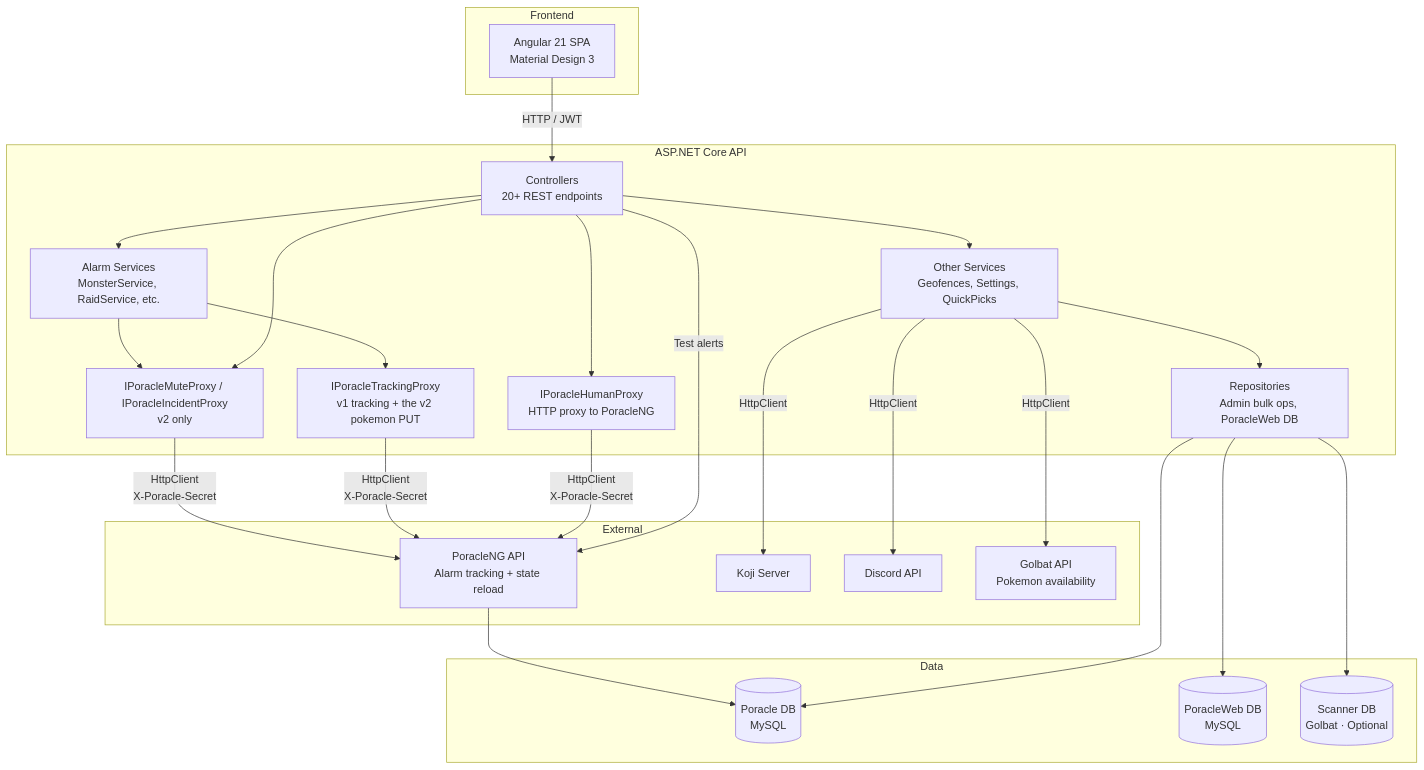
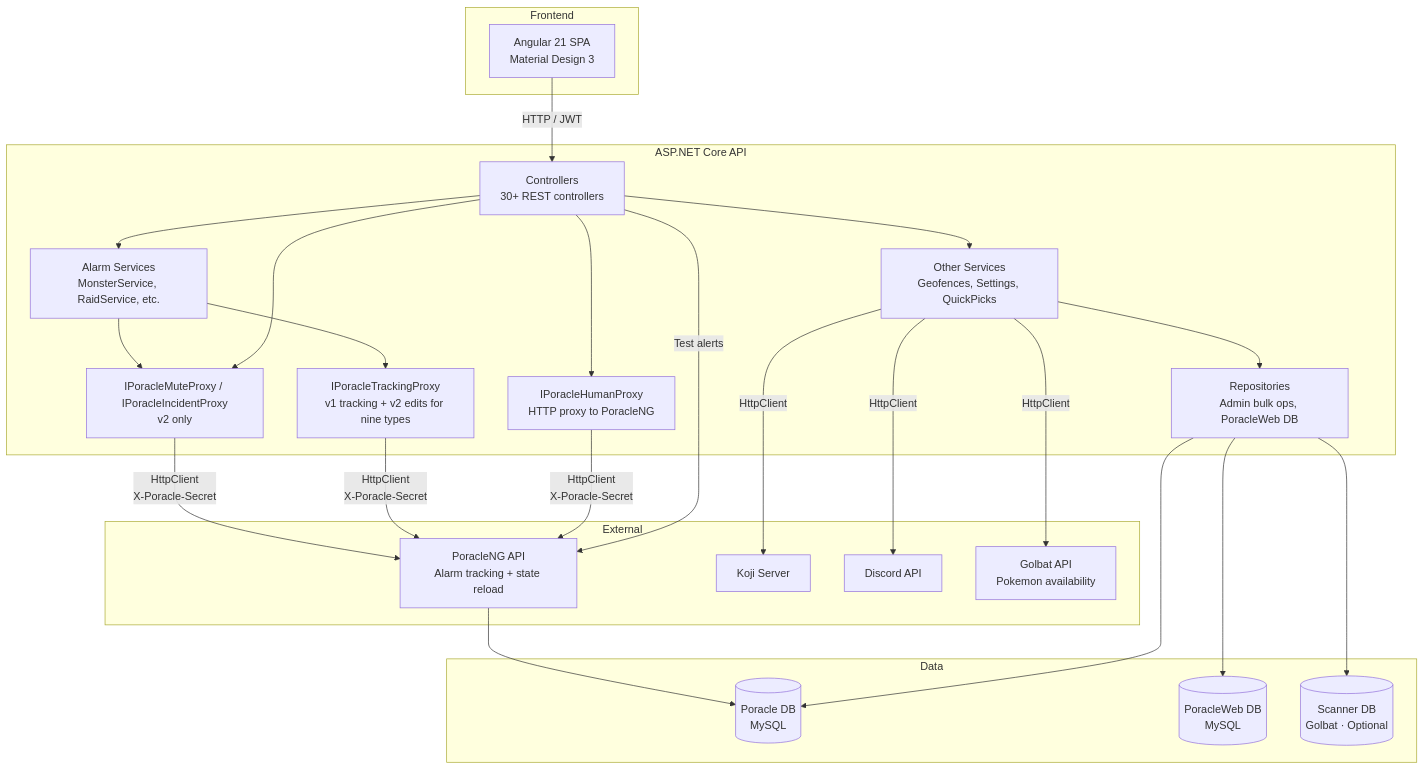
Before and after one commit to PGAN-Dev/PoracleWeb.NET: the diagram in docs/architecture/overview.md, drawn with Mermaid. The commit also changed other lines of this file and 86 other files, not shown here.

````diff
--- a/docs/architecture/overview.md
+++ b/docs/architecture/overview.md
@@ -35,49 +35,49 @@
 ```mermaid
 graph TB
     subgraph Frontend
         Angular[Angular 21 SPA<br/>Material Design 3]
     end
 
     subgraph Backend["ASP.NET Core API"]
-        Controllers[Controllers<br/>20+ REST endpoints]
+        Controllers[Controllers<br/>30+ REST controllers]
         AlarmServices[Alarm Services<br/>MonsterService, RaidService, etc.]
-        TrackingProxy[IPoracleTrackingProxy<br/>v1 tracking + the v2 pokemon PUT]
+        TrackingProxy[IPoracleTrackingProxy<br/>v1 tracking + v2 edits for nine types]
         HumanProxy[IPoracleHumanProxy<br/>HTTP proxy to PoracleNG]
         V2Proxies["IPoracleMuteProxy / IPoracleIncidentProxy<br/>v2 only"]
         OtherServices[Other Services<br/>Geofences, Settings, QuickPicks]
         Repositories[Repositories<br/>Admin bulk ops, PoracleWeb DB]
     end
 
     subgraph Data
         PoracleDB[(Poracle DB<br/>MySQL)]
         WebDB[(PoracleWeb DB<br/>MySQL)]
         ScannerDB[(Scanner DB<br/>Golbat · Optional)]
     end
 
     subgraph External
         PoracleNG[PoracleNG API<br/>Alarm tracking + state reload]
         Koji[Koji Server]
         Discord[Discord API]
         Golbat[Golbat API<br/>Pokemon availability]
     end
 
     Angular -->|HTTP / JWT| Controllers
     Controllers --> AlarmServices
     Controllers --> OtherServices
     AlarmServices --> TrackingProxy
     AlarmServices --> V2Proxies
     Controllers --> V2Proxies
     Controllers --> HumanProxy
     V2Proxies -->|HttpClient<br/>X-Poracle-Secret| PoracleNG
     TrackingProxy -->|HttpClient<br/>X-Poracle-Secret| PoracleNG
     HumanProxy -->|HttpClient<br/>X-Poracle-Secret| PoracleNG
     PoracleNG --> PoracleDB
     OtherServices --> Repositories
     Repositories --> PoracleDB
     Repositories --> WebDB
     Repositories --> ScannerDB
     OtherServices -->|HttpClient| Koji
     OtherServices -->|HttpClient| Discord
     OtherServices -->|HttpClient| Golbat
     Controllers -->|Test alerts| PoracleNG
 ```
````
